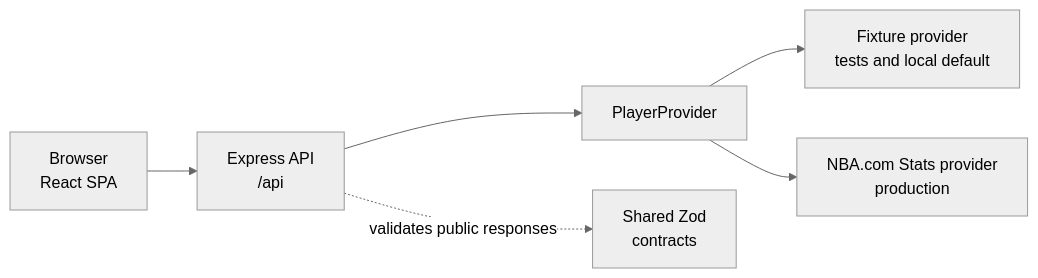
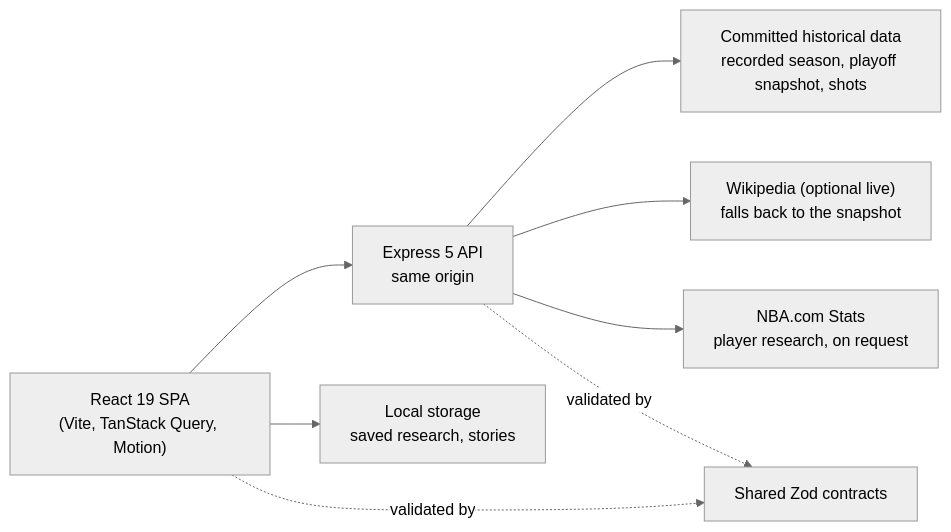
The diagram in README.md (lorenzodarioben-lgtm/nba-performance-explorer), drawn with Mermaid (neutral theme) before and after one commit. The commit also changed other lines of this file and 23 other files, not shown here.

````diff
--- a/README.md
+++ b/README.md
@@ -86,8 +123,10 @@
 ```mermaid
 flowchart LR
-  Browser["Browser\nReact SPA"] --> Api["Express API\n/api"]
-  Api --> Provider["PlayerProvider"]
-  Provider --> Fixture["Fixture provider\ntests and local default"]
-  Provider --> Live["NBA.com Stats provider\nproduction"]
-  Api -. "validates public responses" .-> Contracts["Shared Zod\ncontracts"]
+  Browser["React 19 SPA\n(Vite, TanStack Query, Motion)"] --> Api["Express 5 API\nsame origin"]
+  Api --> Recorded["Committed historical data\nrecorded season, playoff snapshot, shots"]
+  Api --> Wiki["Wikipedia (optional live)\nfalls back to the snapshot"]
+  Api --> Nba["NBA.com Stats\nplayer research, on request"]
+  Api -. "validated by" .-> Contracts["Shared Zod contracts"]
+  Browser -. "validated by" .-> Contracts
+  Browser --> Local["Local storage\nsaved research, stories"]
 ```
````
